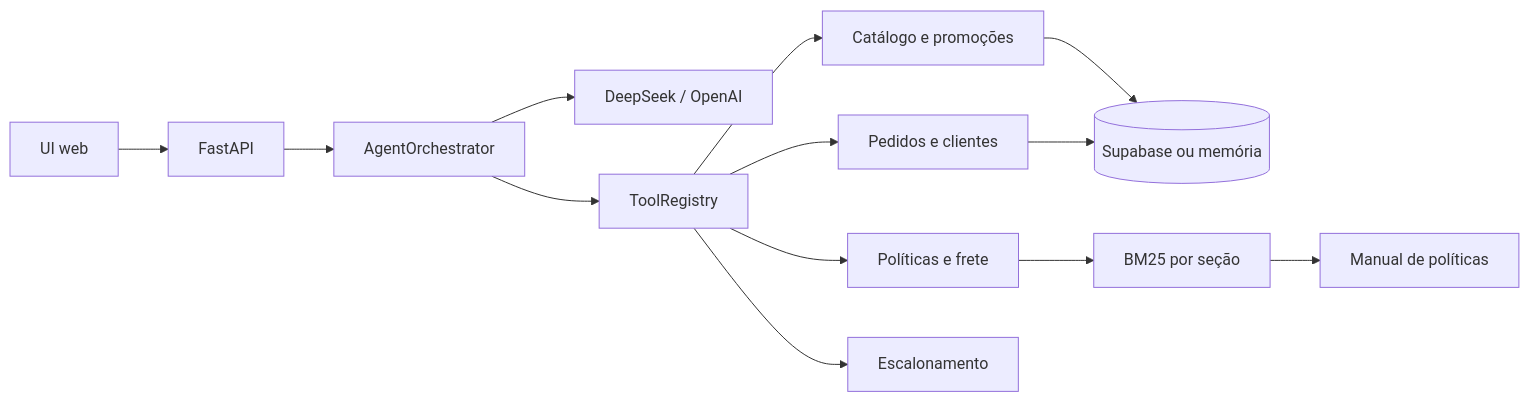
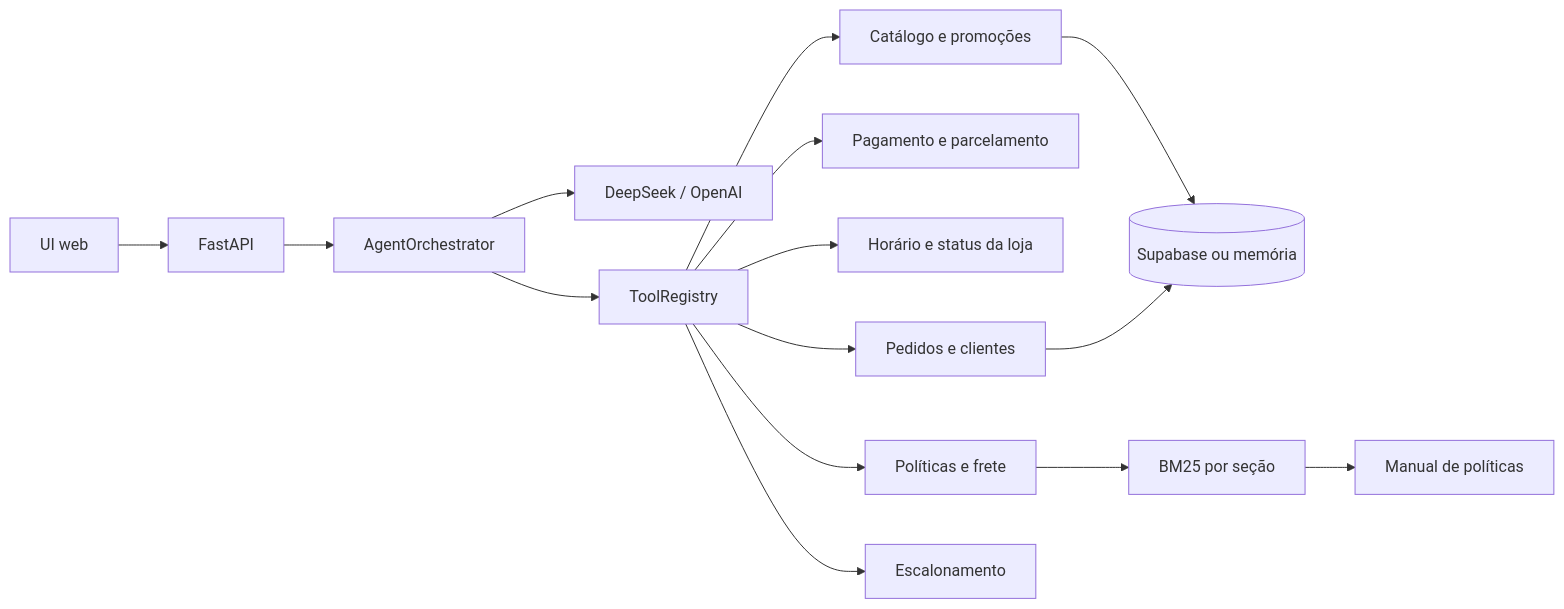
Before and after one commit to afsjr/store_music: the diagram in README.md, drawn with Mermaid. The commit also changed other lines of this file and 6 other files, not shown here.

````diff
--- a/README.md
+++ b/README.md
@@ -29,15 +32,17 @@
 ```mermaid
 flowchart LR
   UI[UI web] --> API[FastAPI]
   API --> Agent[AgentOrchestrator]
   Agent --> LLM[DeepSeek / OpenAI]
   Agent --> Tools[ToolRegistry]
   Tools --> Catalog[Catálogo e promoções]
+  Tools --> Payments[Pagamento e parcelamento]
+  Tools --> Hours[Horário e status da loja]
   Tools --> Orders[Pedidos e clientes]
   Tools --> Policies[Políticas e frete]
   Tools --> Handoff[Escalonamento]
   Catalog --> Store[(Supabase ou memória)]
   Orders --> Store
   Policies --> RAG[BM25 por seção]
   RAG --> PDF[Manual de políticas]
 ```
````
